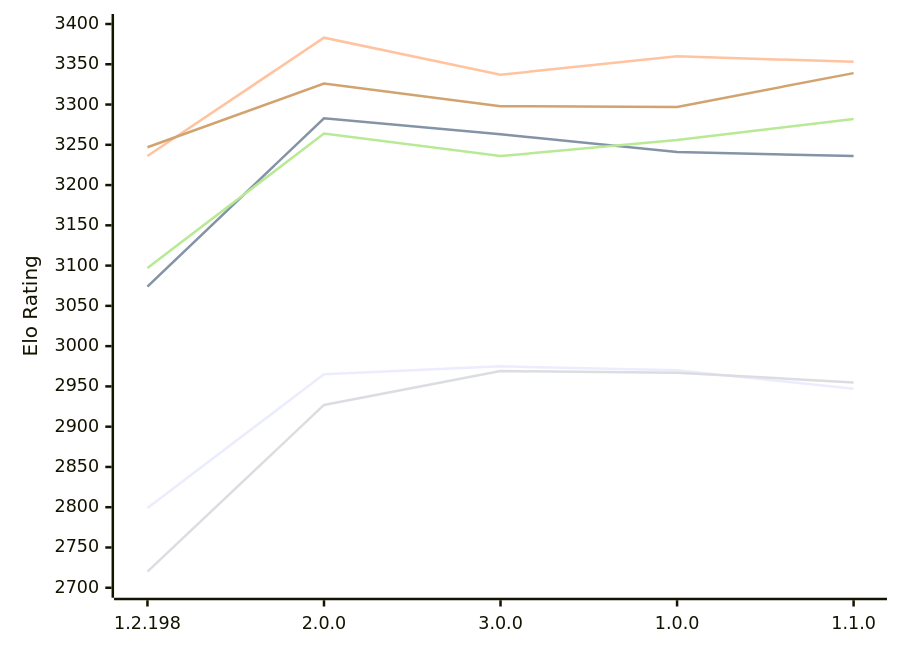
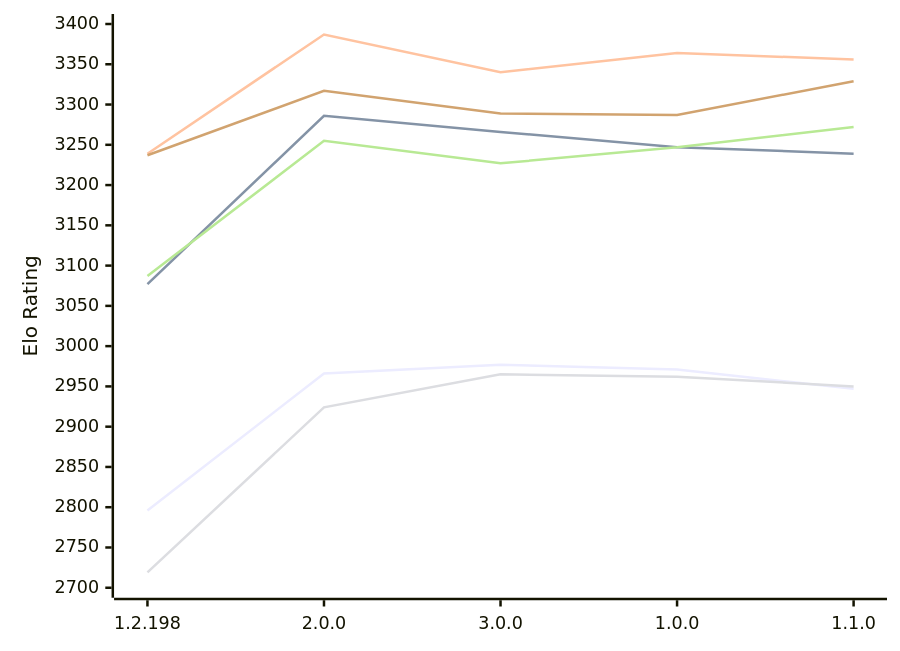
Before and after one commit to computer-chess-index/cci: the diagram in engines/Trebuchet.md, drawn with Mermaid. The commit also changed other lines of this file, not shown here.

Commit message:
Update CCI Ratings (ELO VLTC) - 2026-11-15

````diff
--- a/engines/Trebuchet.md
+++ b/engines/Trebuchet.md
@@ -55,12 +55,12 @@
 ```mermaid
 %%{init: {"theme":"base","themeVariables":{"seriesColors:['#a3a3a3','#222221','#faa371']}}}%%
 xychart-beta
   x-axis ["1.2.198", "2.0.0", "3.0.0", "1.0.0", "1.1.0"]
   y-axis "Elo Rating" 2700 --> 3400
-  line "E1: STC (8.0+0.08s)" [2799, 2965, 2975, 2970, 2947]
-  line "E1: LTC (60.0+0.60s)" [3074, 3283, 3263, 3241, 3236]
-  line "E1: VLTC (2m24s+1.12s)" [3236, 3383, 3337, 3360, 3353]
-  line "P1: STC (8.0+0.08s)" [2720, 2927, 2969, 2967, 2955]
-  line "P1: LTC (60.0+0.60s)" [3097, 3264, 3236, 3256, 3282]
-  line "P1: VLTC (2m24s+1.12s)" [3247, 3326, 3298, 3297, 3339]
+  line "E1: STC (8.0+0.08s)" [2796, 2966, 2977, 2971, 2947]
+  line "E1: LTC (60.0+0.60s)" [3077, 3286, 3266, 3247, 3239]
+  line "E1: VLTC (2m24s+1.12s)" [3239, 3387, 3340, 3364, 3356]
+  line "P1: STC (8.0+0.08s)" [2719, 2924, 2965, 2962, 2950]
+  line "P1: LTC (60.0+0.60s)" [3087, 3255, 3227, 3247, 3272]
+  line "P1: VLTC (2m24s+1.12s)" [3237, 3317, 3289, 3287, 3329]
 ```
````
